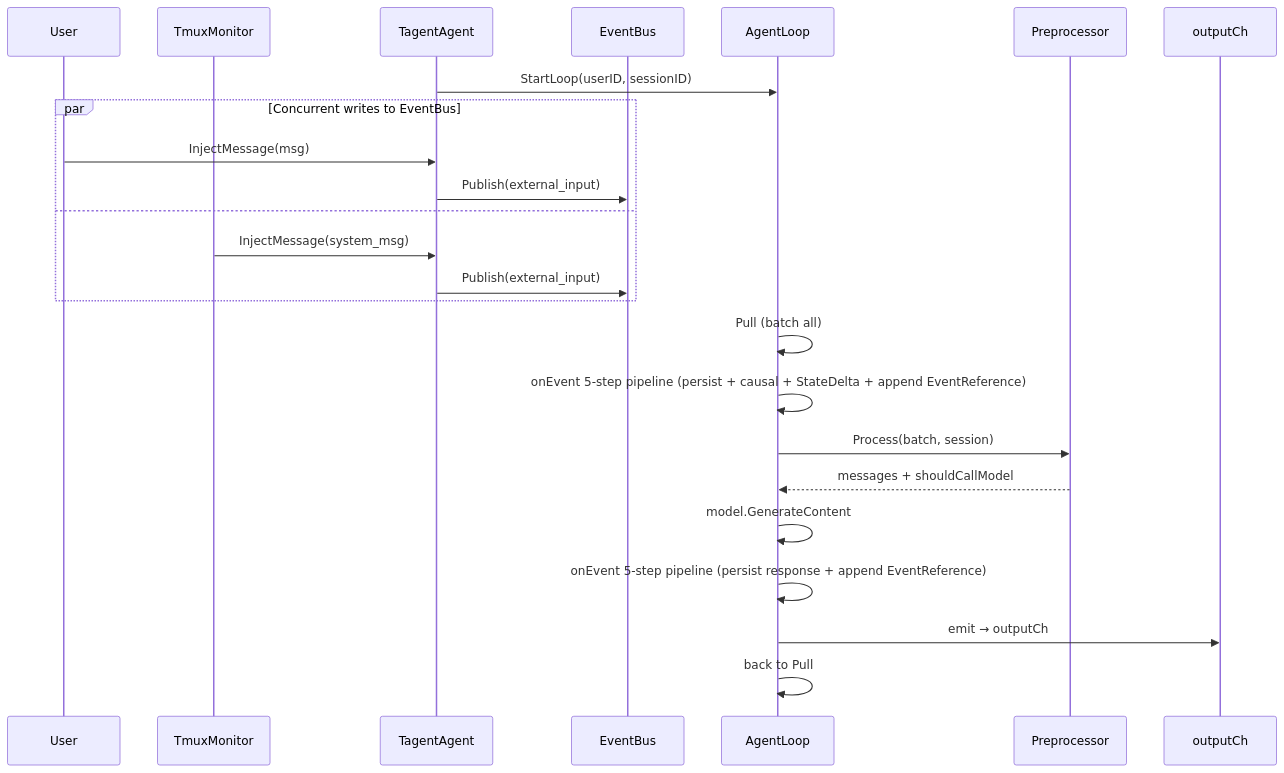
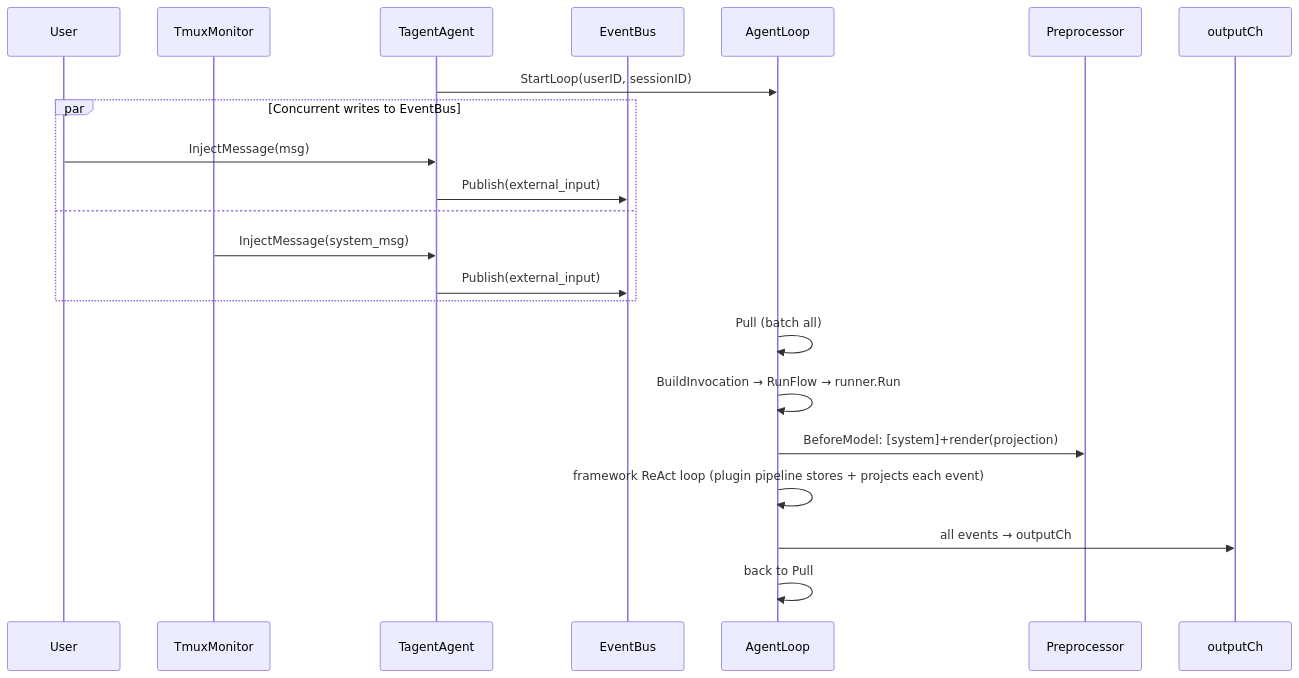
Before and after one commit to SpellingDragon/tagent: the sixth of 8 diagrams in README_EN.md, drawn with Mermaid. The commit also changed other lines of this file and 1 other file, not shown here.

First line of the commit message:
docs(readme): sync EN with unified event projection; document role rule

````diff
--- a/README_EN.md
+++ b/README_EN.md
@@ -337,29 +333,27 @@
 ```mermaid
 sequenceDiagram
     participant U as User
     participant TM as TmuxMonitor
     participant TA as TagentAgent
     participant EB as EventBus
     participant AL as AgentLoop
     participant PP as Preprocessor
     participant OC as outputCh
 
     TA->>AL: StartLoop(userID, sessionID)
 
     par Concurrent writes to EventBus
         U->>TA: InjectMessage(msg)
         TA->>EB: Publish(external_input)
     and
         TM->>TA: InjectMessage(system_msg)
         TA->>EB: Publish(external_input)
     end
 
     AL->>AL: Pull (batch all)
-    AL->>AL: onEvent 5-step pipeline (persist + causal + StateDelta + append EventReference)
-    AL->>PP: Process(batch, session)
-    PP-->>AL: messages + shouldCallModel
-    AL->>AL: model.GenerateContent
-    AL->>AL: onEvent 5-step pipeline (persist response + append EventReference)
-    AL->>OC: emit → outputCh
+    AL->>AL: BuildInvocation → RunFlow → runner.Run
+    AL->>PP: BeforeModel: [system]+render(projection)
+    AL->>AL: framework ReAct loop (plugin pipeline stores + projects each event)
+    AL->>OC: all events → outputCh
     AL->>AL: back to Pull
 ```
````
